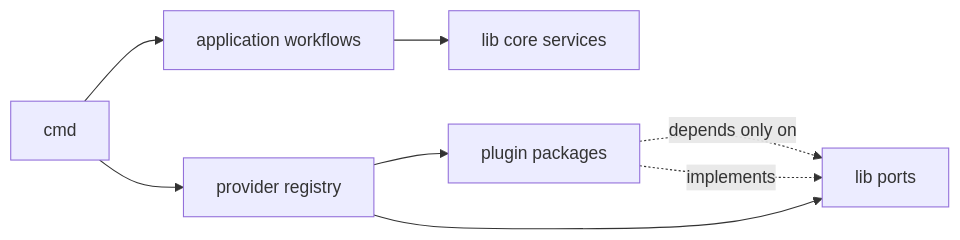
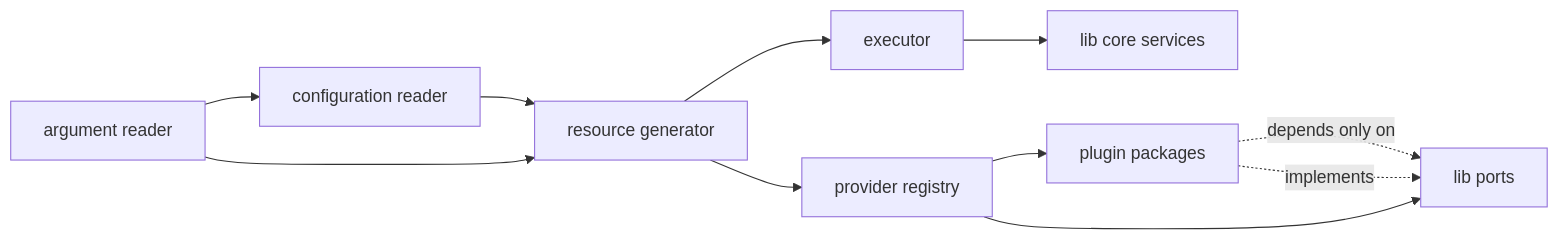
Before and after one commit to haomingbai/lgc: the second of 5 diagrams in docs/design/cmd.md, drawn with Mermaid. The commit also changed other lines of this file and 1 other file, not shown here.

````diff
--- a/docs/design/cmd.md
+++ b/docs/design/cmd.md
@@ -25,10 +130,13 @@
 ```mermaid
 flowchart LR
-    CLI["cmd"] --> App["application workflows"]
-    CLI --> Registry["provider registry"]
+    Arguments["argument reader"] --> Configuration["configuration reader"]
+    Arguments --> Resources["resource generator"]
+    Configuration --> Resources
+    Resources --> Executor["executor"]
+    Resources --> Registry["provider registry"]
     Registry --> Plugin["plugin packages"]
     Registry --> Contract["lib ports"]
-    App --> Core["lib core services"]
+    Executor --> Core["lib core services"]
     Plugin -.->|"depends only on"| Contract
     Plugin -.->|"implements"| Contract
 ```
````
